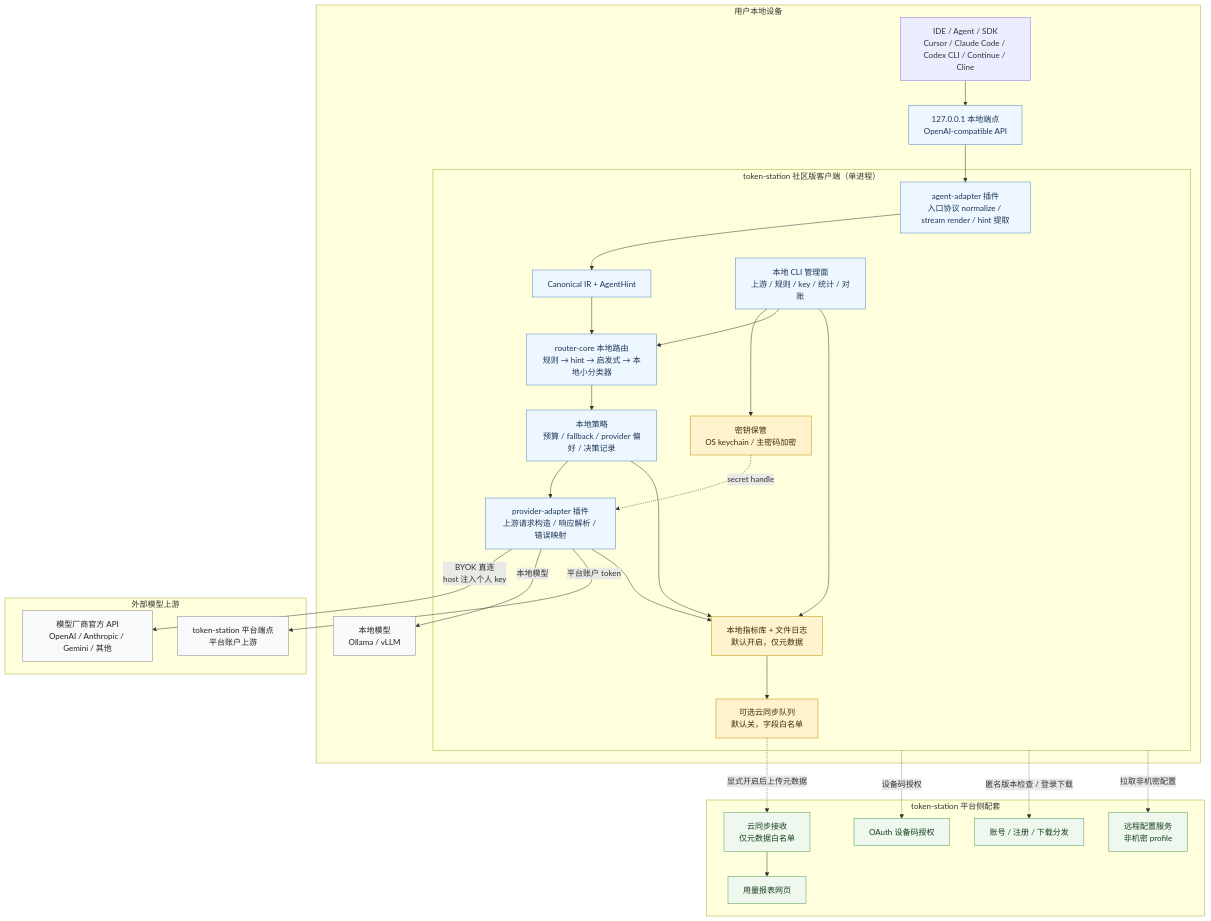
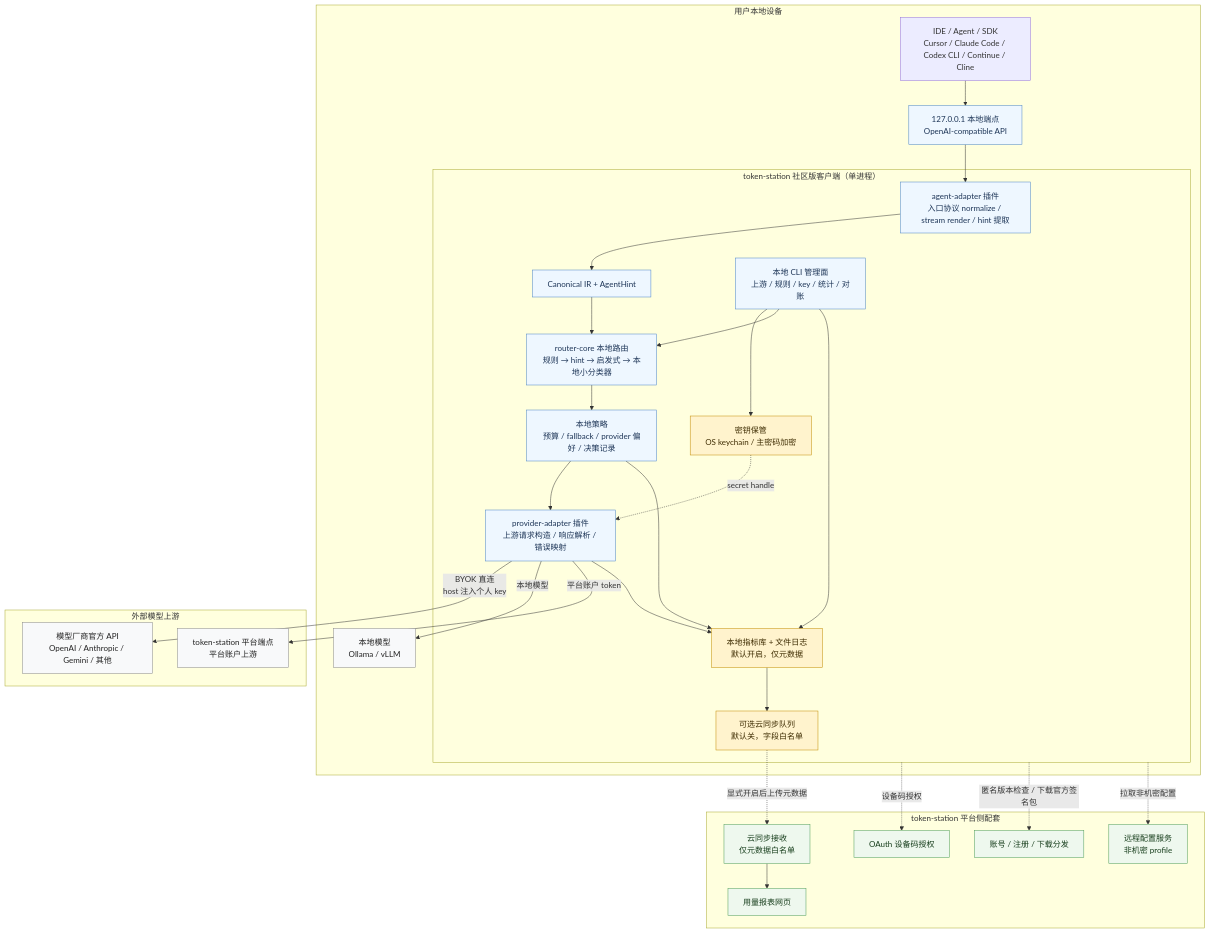
The diagram in docs/architecture/个人模式本地客户端概要设计.md (ballast-ai/token-station), drawn with Mermaid before and after one commit. The commit also changed other lines of this file and 13 other files, not shown here.

````diff
--- a/docs/architecture/个人模式本地客户端概要设计.md
+++ b/docs/architecture/个人模式本地客户端概要设计.md
@@ -59,59 +59,59 @@
 ```mermaid
 flowchart TB
   subgraph Local["用户本地设备"]
     Agent["IDE / Agent / SDK\nCursor / Claude Code / Codex CLI / Continue / Cline"]
     LocalEndpoint["127.0.0.1 本地端点\nOpenAI-compatible API"]
 
     subgraph Client["token-station 社区版客户端（单进程）"]
       AgentAdapter["agent-adapter 插件\n入口协议 normalize / stream render / hint 提取"]
       CanonicalIR["Canonical IR + AgentHint"]
       RouterCore["router-core 本地路由\n规则 → hint → 启发式 → 本地小分类器"]
       Policy["本地策略\n预算 / fallback / provider 偏好 / 决策记录"]
       ProviderAdapter["provider-adapter 插件\n上游请求构造 / 响应解析 / 错误映射"]
       KeyStore["密钥保管\nOS keychain / 主密码加密"]
       Metrics["本地指标库 + 文件日志\n默认开启，仅元数据"]
       SyncQueue["可选云同步队列\n默认关，字段白名单"]
       CLI["本地 CLI 管理面\n上游 / 规则 / key / 统计 / 对账"]
     end
 
     LocalModels["本地模型\nOllama / vLLM"]
   end
 
   subgraph Providers["外部模型上游"]
     VendorAPI["模型厂商官方 API\nOpenAI / Anthropic / Gemini / 其他"]
     PlatformEndpoint["token-station 平台端点\n平台账户上游"]
   end
 
   subgraph Platform["token-station 平台侧配套"]
     Account["账号 / 注册 / 下载分发"]
     DeviceCode["OAuth 设备码授权"]
     RemoteConfig["远程配置服务\n非机密 profile"]
     UsageWeb["用量报表网页"]
     SyncAPI["云同步接收\n仅元数据白名单"]
   end
 
   Agent --> LocalEndpoint --> AgentAdapter --> CanonicalIR --> RouterCore --> Policy --> ProviderAdapter
   CLI --> KeyStore
   CLI --> RouterCore
   CLI --> Metrics
   ProviderAdapter -->|"BYOK 直连\nhost 注入个人 key"| VendorAPI
   ProviderAdapter -->|"本地模型"| LocalModels
   ProviderAdapter -->|"平台账户 token"| PlatformEndpoint
   KeyStore -. "secret handle" .-> ProviderAdapter
   Policy --> Metrics
   ProviderAdapter --> Metrics
   Metrics --> SyncQueue
   SyncQueue -. "显式开启后上传元数据" .-> SyncAPI --> UsageWeb
   Client -. "设备码授权" .-> DeviceCode
-  Client -. "匿名版本检查 / 登录下载" .-> Account
+  Client -. "匿名版本检查 / 下载官方签名包" .-> Account
   Client -. "拉取非机密配置" .-> RemoteConfig
 
   classDef local fill:#eef7ff,stroke:#4b83c4,color:#1d3557;
   classDef sensitive fill:#fff3cd,stroke:#c28b00,color:#3d2b00;
   classDef external fill:#f8f9fa,stroke:#888,color:#222;
   classDef platform fill:#eef8ee,stroke:#4d9b58,color:#163d1b;
   class LocalEndpoint,AgentAdapter,CanonicalIR,RouterCore,Policy,ProviderAdapter,CLI local;
   class KeyStore,Metrics,SyncQueue sensitive;
   class VendorAPI,LocalModels,PlatformEndpoint external;
   class Account,DeviceCode,RemoteConfig,UsageWeb,SyncAPI platform;
 ```
````
